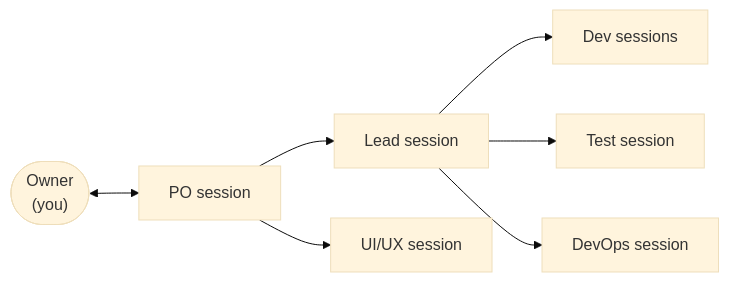
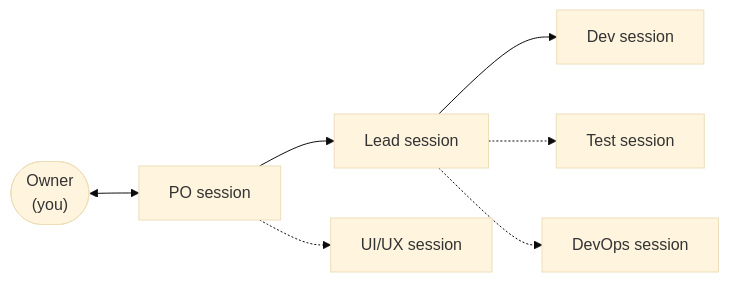
One commit to liquizzz/ai-delivery-playbook changed the first of 2 diagrams in docs/book/00-introduction.md. Above: the diagram before and after it, drawn with Mermaid (base theme). The commit also changed other lines of this file and 20 other files, not shown here.

First line of the commit message:
Lighter default: one Dev, three-session model first, opt-in humanizer

````diff
--- a/docs/book/00-introduction.md
+++ b/docs/book/00-introduction.md
@@ -43,9 +43,9 @@
 ```mermaid
 flowchart LR
   O(["Owner<br/>(you)"]) <--> PO["PO session"]
   PO --> Lead["Lead session"]
-  Lead --> Dev["Dev sessions"]
-  Lead --> Test["Test session"]
-  Lead --> DevOps["DevOps session"]
-  PO --> UX["UI/UX session"]
+  Lead --> Dev["Dev session"]
+  Lead -.-> Test["Test session"]
+  Lead -.-> DevOps["DevOps session"]
+  PO -.-> UX["UI/UX session"]
 ```
````
